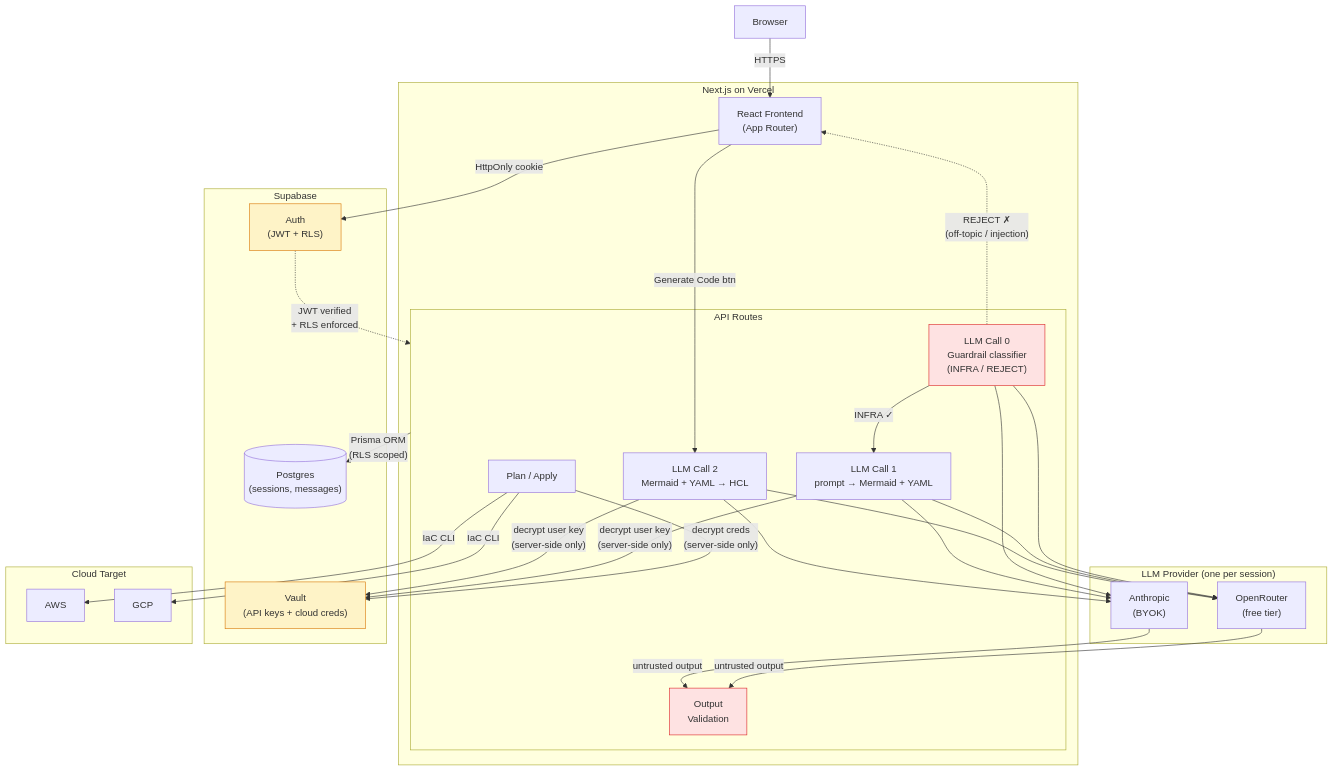
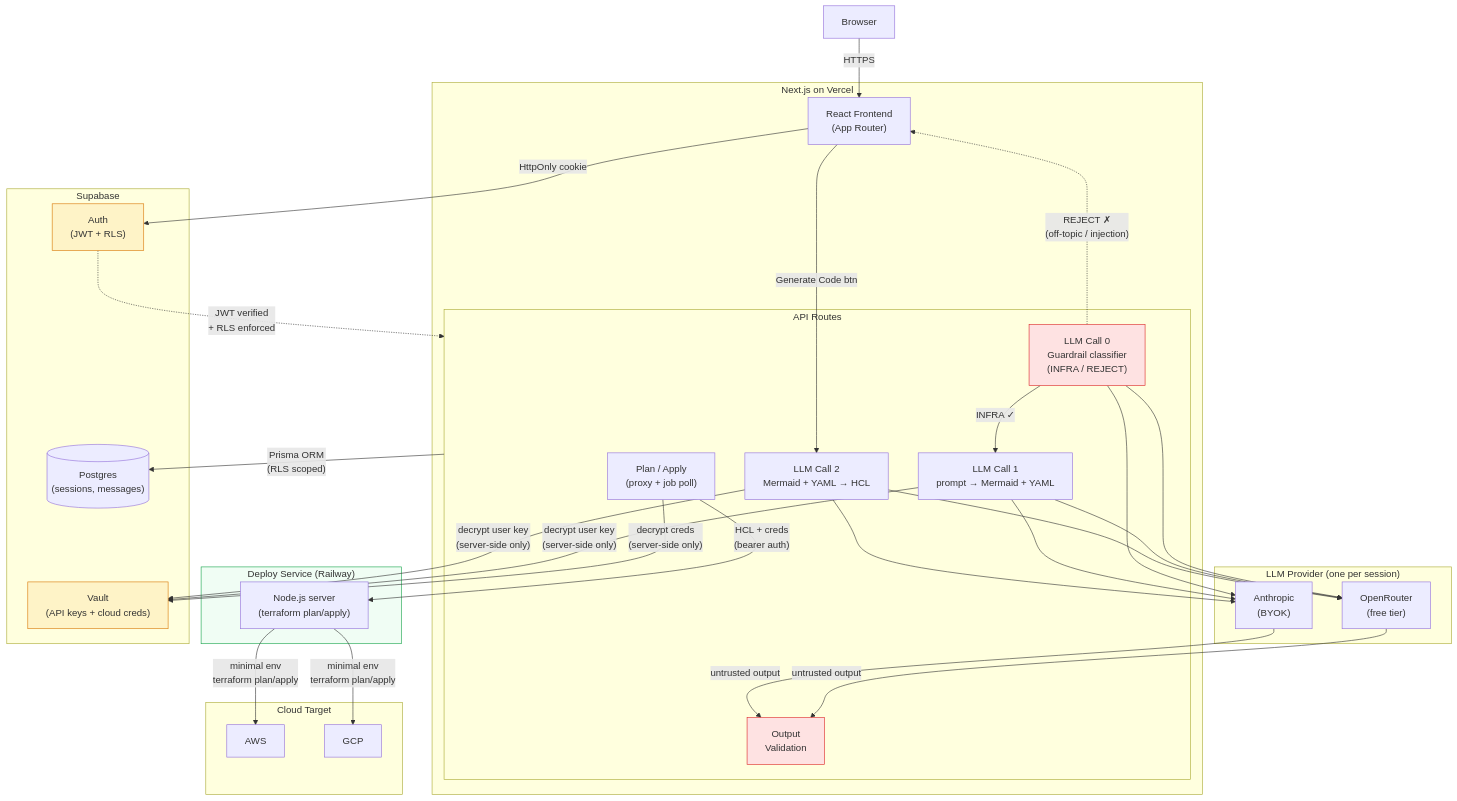
Before and after one commit to tttennnnn/conjure: the diagram in README.md, drawn with Mermaid. The commit also changed other lines of this file and 1 other file, not shown here.

Commit message:
update docs for deploy pipeline

````diff
--- a/README.md
+++ b/README.md
@@ -68,52 +71,58 @@
 ```mermaid
 graph TD
     User[Browser]
 
     subgraph Vercel["Next.js on Vercel"]
         FE["React Frontend\n(App Router)"]
 
         subgraph API["API Routes"]
             Guardrails["LLM Call 0\nGuardrail classifier\n(INFRA / REJECT)"]
             Call1["LLM Call 1\nprompt → Mermaid + YAML"]
             Call2["LLM Call 2\nMermaid + YAML → HCL"]
             Validate["Output\nValidation"]
-            Deploy["Plan / Apply"]
+            DeployAPI["Plan / Apply\n(proxy + job poll)"]
         end
+    end
+
+    subgraph DS["Deploy Service (Railway)"]
+        DSApp["Node.js server\n(terraform plan/apply)"]
     end
 
     subgraph LLM["LLM Provider (one per session)"]
         OR["OpenRouter\n(free tier)"]
         Anthropic["Anthropic\n(BYOK)"]
     end
 
     subgraph SB["Supabase"]
         DB[("Postgres\n(sessions, messages)")]
         Auth["Auth\n(JWT + RLS)"]
         Vault["Vault\n(API keys + cloud creds)"]
     end
 
     subgraph Cloud["Cloud Target"]
         AWS["AWS"]
         GCP["GCP"]
     end
 
     User -- "HTTPS" --> FE
     FE -- "HttpOnly cookie" --> Auth
     Auth -. "JWT verified\n+ RLS enforced" .-> API
     Guardrails -- "INFRA ✓" --> Call1
     Guardrails -. "REJECT ✗\n(off-topic / injection)" .-> FE
     Guardrails --> OR & Anthropic
     Call1 --> OR & Anthropic
     Call2 --> OR & Anthropic
     OR & Anthropic -- "untrusted output" --> Validate
     FE -- "Generate Code btn" --> Call2
-    Deploy -- "IaC CLI" --> AWS & GCP
-    Deploy -- "decrypt creds\n(server-side only)" --> Vault
+    DeployAPI -- "HCL + creds\n(bearer auth)" --> DSApp
+    DSApp -- "minimal env\nterraform plan/apply" --> AWS & GCP
+    DeployAPI -- "decrypt creds\n(server-side only)" --> Vault
     API -- "Prisma ORM\n(RLS scoped)" --> DB
     Call1 & Call2 -- "decrypt user key\n(server-side only)" --> Vault
 
     style Auth fill:#fef3c7,stroke:#d97706
     style Vault fill:#fef3c7,stroke:#d97706
     style Guardrails fill:#fee2e2,stroke:#dc2626
     style Validate fill:#fee2e2,stroke:#dc2626
+    style DS fill:#f0fdf4,stroke:#16a34a
 ```
````
